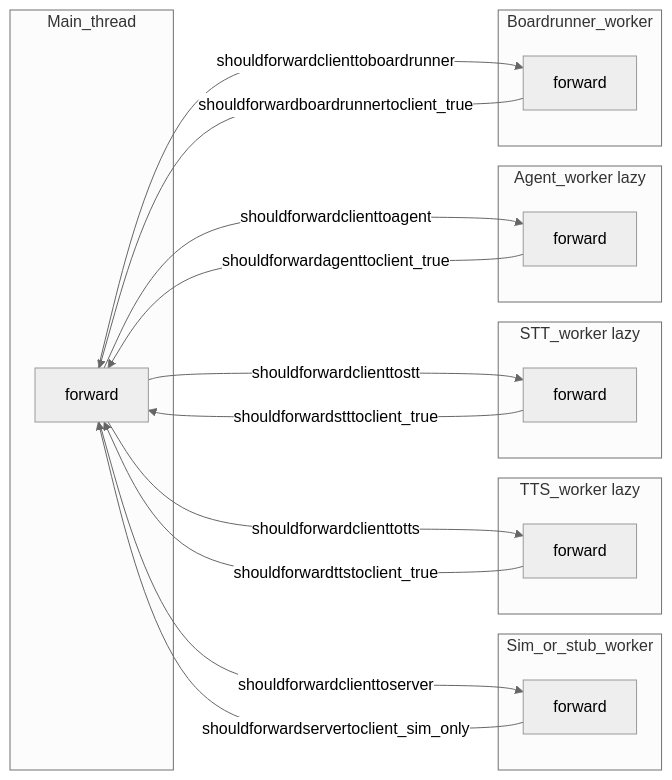
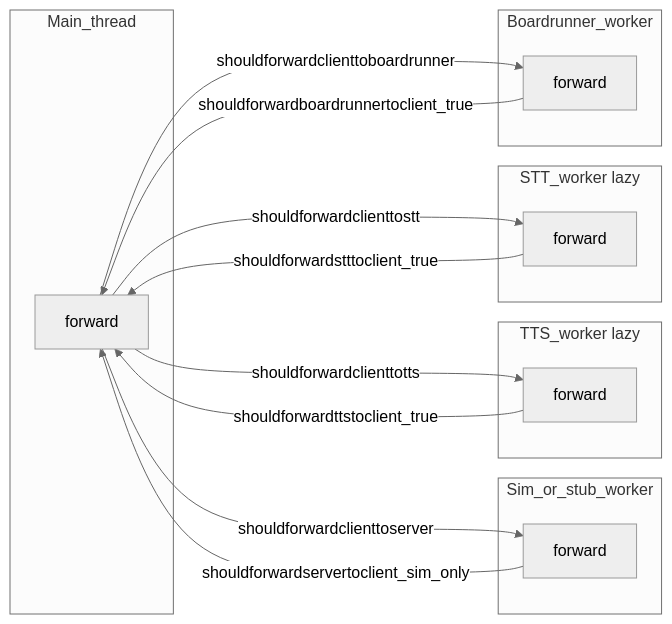
The sixth of 7 diagrams in zss/device/docs/devices-and-messaging.md (goldbuick/zed-software-system), drawn with Mermaid (neutral theme) before and after one commit. The commit also changed other lines of this file and 48 other files, not shown here.

````diff
--- a/zss/device/docs/devices-and-messaging.md
+++ b/zss/device/docs/devices-and-messaging.md
@@ -393,31 +389,26 @@
 ```mermaid
 flowchart LR
   subgraph Main_thread [Main_thread]
     Fm[forward]
   end
   subgraph Sim_or_stub [Sim_or_stub_worker]
     Fs[forward]
   end
   subgraph TTS_worker [TTS_worker lazy]
     Ft[forward]
   end
   subgraph STT_worker [STT_worker lazy]
     Fs2[forward]
   end
-  subgraph Agent_worker [Agent_worker lazy]
-    Fa[forward]
-  end
   subgraph Boardrunner_worker [Boardrunner_worker]
     Fb[forward]
   end
   Fs -->|"shouldforwardservertoclient_sim_only"| Fm
   Fm -->|"shouldforwardclienttoserver"| Fs
   Fm -->|"shouldforwardclienttotts"| Ft
   Ft -->|"shouldforwardttstoclient_true"| Fm
   Fm -->|"shouldforwardclienttostt"| Fs2
   Fs2 -->|"shouldforwardstttoclient_true"| Fm
-  Fm -->|"shouldforwardclienttoagent"| Fa
-  Fa -->|"shouldforwardagenttoclient_true"| Fm
   Fm -->|"shouldforwardclienttoboardrunner"| Fb
   Fb -->|"shouldforwardboardrunnertoclient_true"| Fm
 ```
````
